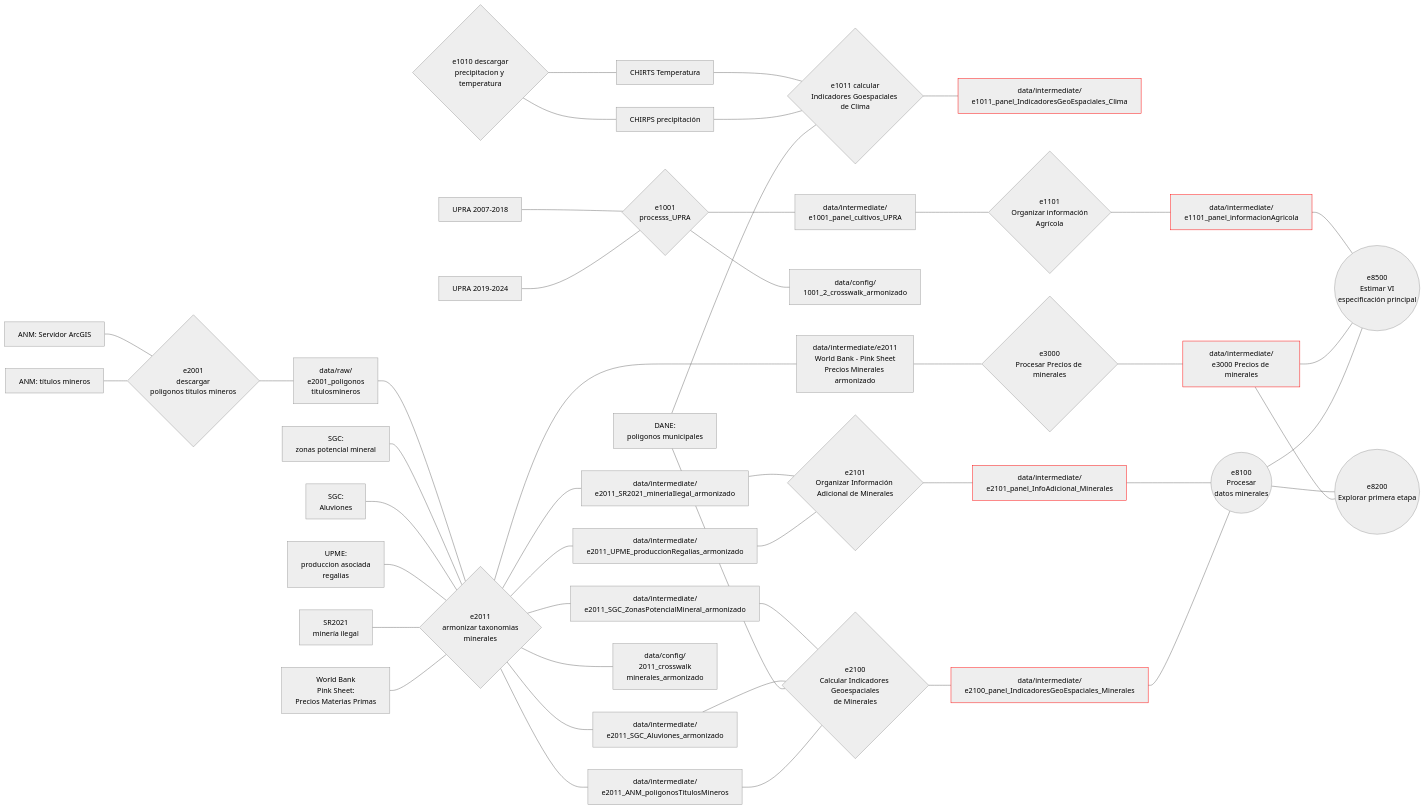
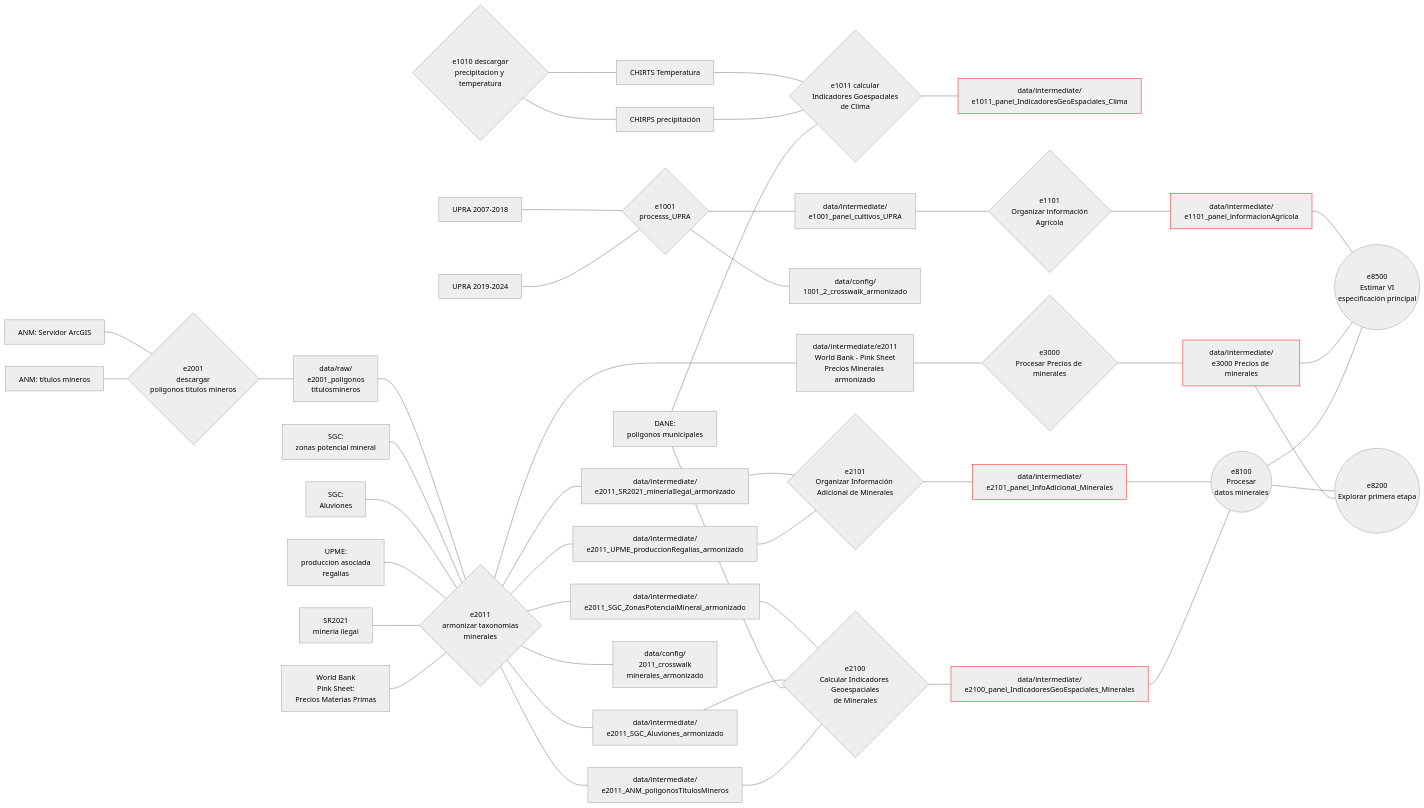
One commit to JC-AlfonsoR/PEG-mining-agriculture changed the diagram in README.md. Above: the diagram before and after it, drawn with Mermaid (neutral theme). The commit also changed 3 other files, not shown here.

```diff
--- a/README.md
+++ b/README.md
@@ -83,7 +83,8 @@
 precipitacion y temperatura}
 
 e1011_calcular_indicadoresGeoEspaciales_clima{e1011 calcular
-Indicadores Goespaciales de Clima}
+Indicadores Goespaciales
+ de Clima}
 
 e1101_organizar_info_agricola{e1101
 Organizar información
```
